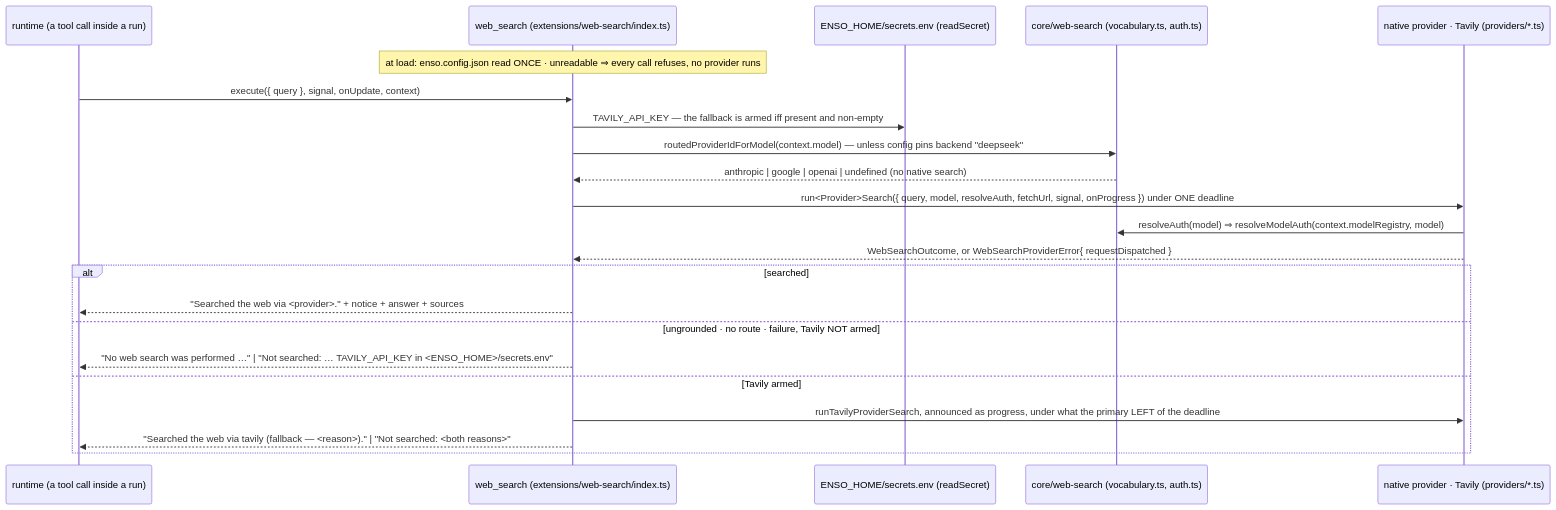
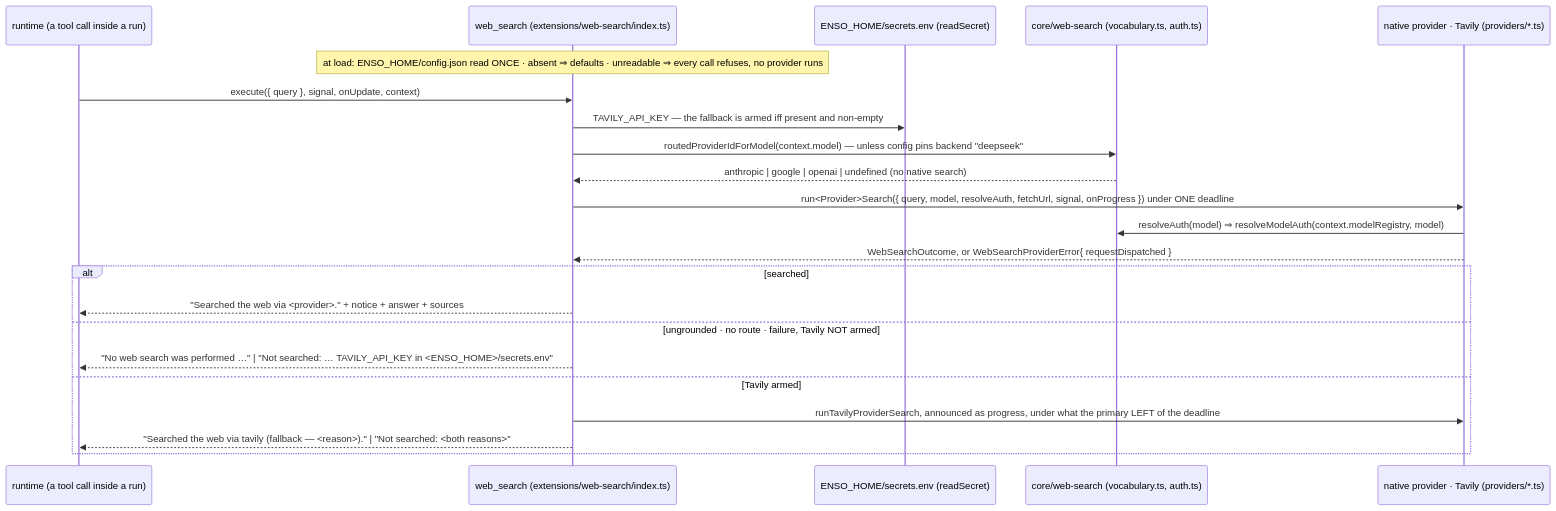
One commit to dopamine911/enso-harness changed the diagram in docs/flows/web-search-call.md. Above: the diagram before and after it, drawn with Mermaid. The commit also changed other lines of this file and 41 other files, not shown here.

First line of the commit message:
feat: Enso's config is the user's — ENSO_HOME/config.json, defaults in code (#421, slice 2)

````diff
--- a/docs/flows/web-search-call.md
+++ b/docs/flows/web-search-call.md
@@ -13,25 +13,25 @@
 ```mermaid
 sequenceDiagram
   participant R as runtime (a tool call inside a run)
   participant X as web_search (extensions/web-search/index.ts)
   participant S as ENSO_HOME/secrets.env (readSecret)
   participant V as core/web-search (vocabulary.ts, auth.ts)
   participant P as native provider · Tavily (providers/*.ts)
 
-  Note over X: at load: enso.config.json read ONCE · unreadable ⇒ every call refuses, no provider runs
+  Note over X: at load: ENSO_HOME/config.json read ONCE · absent ⇒ defaults · unreadable ⇒ every call refuses, no provider runs
   R->>X: execute({ query }, signal, onUpdate, context)
   X->>S: TAVILY_API_KEY — the fallback is armed iff present and non-empty
   X->>V: routedProviderIdForModel(context.model) — unless config pins backend "deepseek"
   V-->>X: anthropic | google | openai | undefined (no native search)
   X->>P: run<Provider>Search({ query, model, resolveAuth, fetchUrl, signal, onProgress }) under ONE deadline
   P->>V: resolveAuth(model) ⇒ resolveModelAuth(context.modelRegistry, model)
   P-->>X: WebSearchOutcome, or WebSearchProviderError{ requestDispatched }
   alt searched
     X-->>R: "Searched the web via <provider>." + notice + answer + sources
   else ungrounded · no route · failure, Tavily NOT armed
     X-->>R: "No web search was performed …" | "Not searched: … TAVILY_API_KEY in <ENSO_HOME>/secrets.env"
   else Tavily armed
     X->>P: runTavilyProviderSearch, announced as progress, under what the primary LEFT of the deadline
     X-->>R: "Searched the web via tavily (fallback — <reason>)." | "Not searched: <both reasons>"
   end
 ```
````
